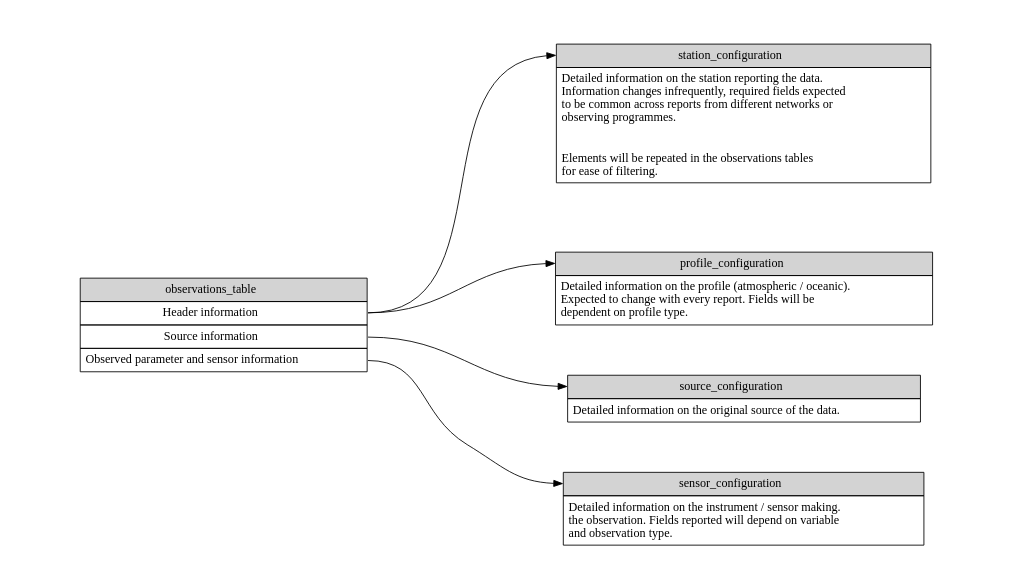
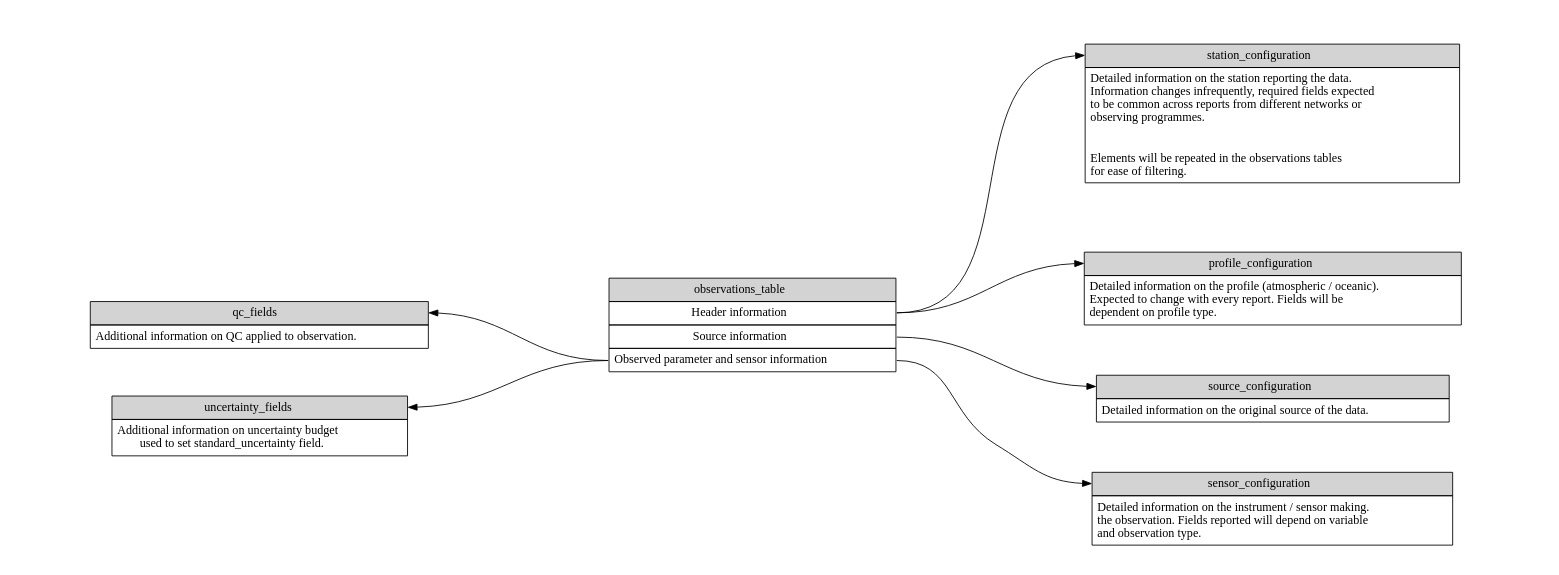
The diagram in graphviz/cdm_schematic_simple.gv (glamod/common_data_model), drawn with Graphviz before and after one commit. The commit also changed 195 other files, not shown here.

```diff
--- a/graphviz/cdm_schematic_simple.gv
+++ b/graphviz/cdm_schematic_simple.gv
@@ -1,45 +1,58 @@
 digraph {
   node [color=white]
   rankdir=LR;
   observations_table [label=<<TABLE BORDER="0" CELLBORDER="1" CELLSPACING="0" CELLPADDING="5" COLOR="BLACK">
                                 <TR><TD COLSPAN="1" ALIGN="center" BGCOLOR="lightgray">observations_table</TD></TR>
                                 <TR><TD PORT="head">Header information</TD></TR>
                                 <TR><TD PORT="source">Source information</TD></TR>
                                 <TR><TD PORT="sensor">Observed parameter and sensor information</TD></TR>
                              </TABLE>>]
 
 
   station_configuration [label=<<TABLE BORDER="0" CELLBORDER="1" CELLSPACING="0" CELLPADDING="5" COLOR="BLACK" WIDTH="200px">
                                 <TR><TD COLSPAN="1" ALIGN="center" BGCOLOR="lightgray" PORT="head">station_configuration</TD></TR>
                                 <TR><TD>Detailed information on the station reporting the data.<BR ALIGN="LEFT"/>
 Information changes infrequently, required fields expected<BR ALIGN="LEFT"/>
 to be common across reports from different networks or <BR ALIGN="LEFT"/>observing programmes.<BR ALIGN="LEFT"/><BR/>&nbsp;
 <BR ALIGN="LEFT"/>
 Elements will be repeated in the observations tables <BR ALIGN="left"/>for ease of filtering.<BR ALIGN="LEFT"/></TD></TR>
                              </TABLE>>]
 
 profile_configuration [label=<<TABLE BORDER="0" CELLBORDER="1" CELLSPACING="0" CELLPADDING="5" COLOR="BLACK" WIDTH="200px">
                                 <TR><TD COLSPAN="1" ALIGN="center" BGCOLOR="lightgray" PORT="head">profile_configuration</TD></TR>
                                 <TR><TD>Detailed information on the profile (atmospheric / oceanic).<BR ALIGN="LEFT"/>
 Expected to change with every report. Fields will be<BR ALIGN="LEFT"/>
 dependent on profile type.<BR ALIGN="LEFT"/></TD></TR>
                              </TABLE>>]
 
 source_configuration [label=<<TABLE BORDER="0" CELLBORDER="1" CELLSPACING="0" CELLPADDING="5" COLOR="BLACK" WIDTH="200px">
                                 <TR><TD COLSPAN="1" ALIGN="center" BGCOLOR="lightgray" PORT="head">source_configuration</TD></TR>
                                 <TR><TD>Detailed information on the original source of the data.<BR ALIGN="LEFT"/></TD></TR>
                              </TABLE>>]
 
 sensor_configuration [label=<<TABLE BORDER="0" CELLBORDER="1" CELLSPACING="0" CELLPADDING="5" COLOR="BLACK" WIDTH="200px">
                                 <TR><TD COLSPAN="1" ALIGN="center" BGCOLOR="lightgray" PORT="head">sensor_configuration</TD></TR>
                                 <TR><TD>
 Detailed information on the instrument / sensor making.<BR ALIGN="LEFT"/>
 the observation. Fields reported will depend on variable<BR ALIGN="LEFT"/>
 and observation type.<BR ALIGN="LEFT"/></TD></TR>
                              </TABLE>>]
 
+qc_fields [label=<<TABLE BORDER="0" CELLBORDER="1" CELLSPACING="0" CELLPADDING="5" COLOR="BLACK" WIDTH="200px">
+                                <TR><TD COLSPAN="1" ALIGN="center" BGCOLOR="lightgray" PORT="head">qc_fields</TD></TR>
+                                <TR><TD>Additional information on QC applied to observation.</TD></TR></TABLE>>]
+
+uncertainty_fields [label=<<TABLE BORDER="0" CELLBORDER="1" CELLSPACING="0" CELLPADDING="5" COLOR="BLACK" WIDTH="200px">
+                                <TR><TD COLSPAN="1" ALIGN="center" BGCOLOR="lightgray" PORT="head">uncertainty_fields</TD></TR>
+                                <TR><TD>
+Additional information on uncertainty budget <BR ALIGN="LEFT"/>
+used to set standard_uncertainty field.</TD></TR></TABLE>>]
+
+
   observations_table:head -> station_configuration:head;
   observations_table:head -> profile_configuration:head;
   observations_table:source -> source_configuration:head;
   observations_table:sensor -> sensor_configuration:head;
+  qc_fields:head -> observations_table:sensor [arrowhead=none, dir=both, arrowtail=normal];
+  uncertainty_fields:head -> observations_table:sensor [arrowhead=none, dir=both, arrowtail=normal];
 }
```
